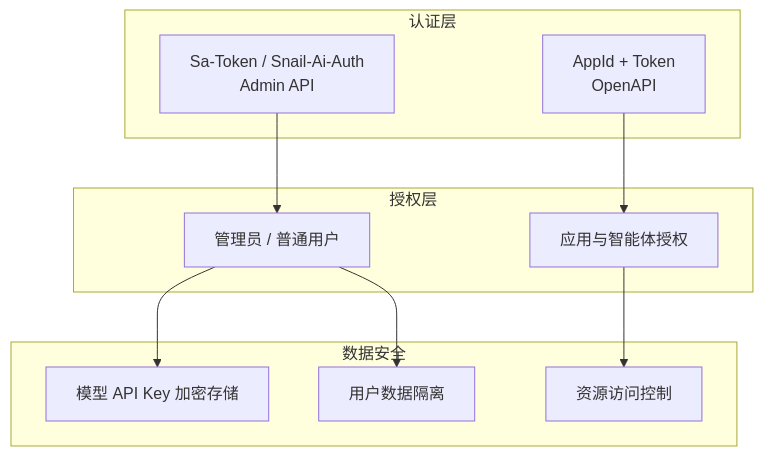
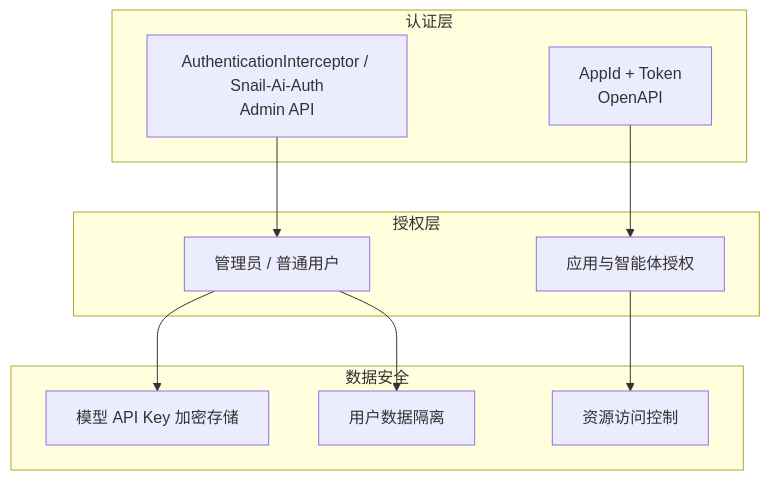
The third of 3 diagrams in docs/architecture/overview.md (aizuda/snail-ai), drawn with Mermaid before and after one commit. The commit also changed other lines of this file and 41 other files, not shown here.

````diff
--- a/docs/architecture/overview.md
+++ b/docs/architecture/overview.md
@@ -196,24 +196,24 @@
 ```mermaid
 graph TB
     subgraph Auth["认证层"]
-        SA["Sa-Token / Snail-Ai-Auth<br/>Admin API"]
+        SA["AuthenticationInterceptor / Snail-Ai-Auth<br/>Admin API"]
         APP["AppId + Token<br/>OpenAPI"]
     end
 
     subgraph Authz["授权层"]
         ROLE["管理员 / 普通用户"]
         APP_SCOPE["应用与智能体授权"]
     end
 
     subgraph Data["数据安全"]
         ENCRYPT["模型 API Key 加密存储"]
         USER_SCOPE["用户数据隔离"]
         RESOURCE["资源访问控制"]
     end
 
     SA --> ROLE
     APP --> APP_SCOPE
     ROLE --> ENCRYPT
     ROLE --> USER_SCOPE
     APP_SCOPE --> RESOURCE
 ```
````
